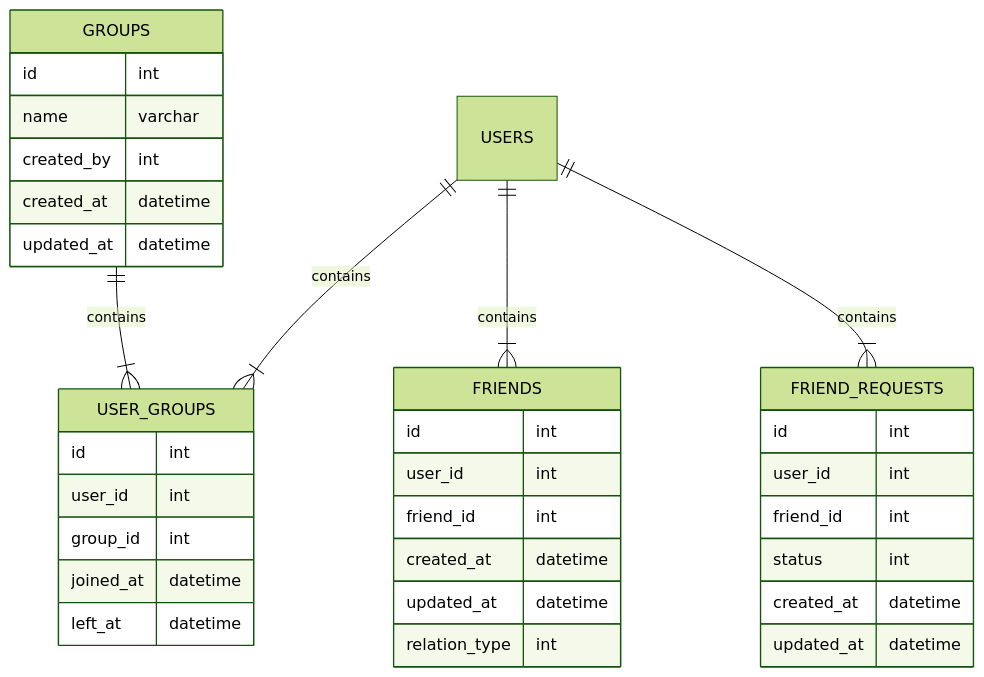
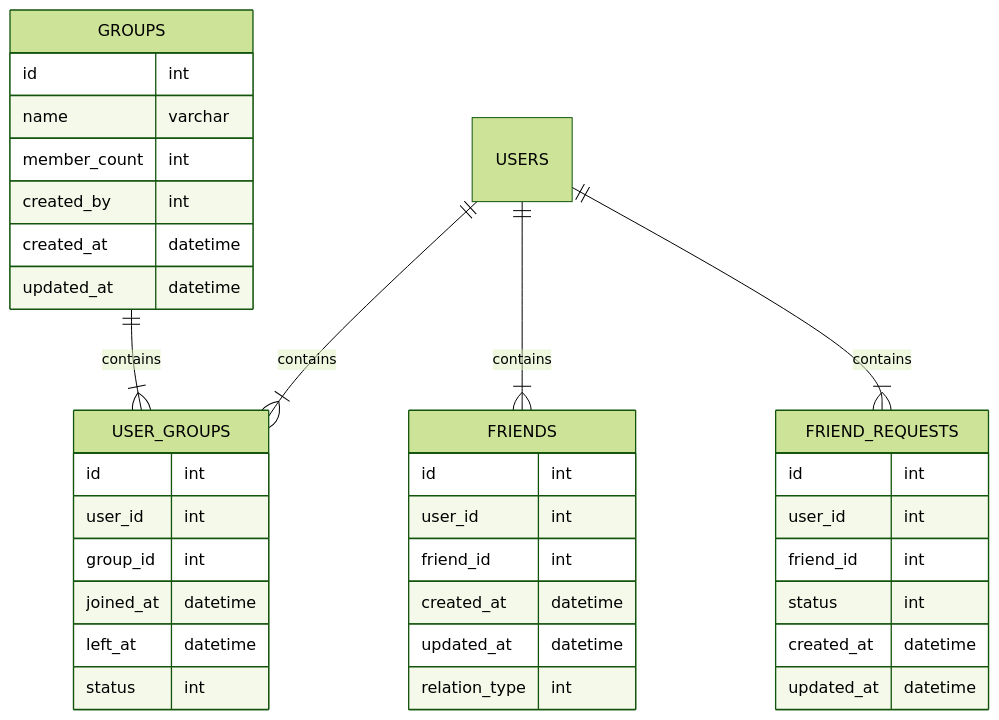
Before and after one commit to prulloac/fineasy: the second of 6 diagrams in docs/SCHEMA.md, drawn with Mermaid (forest theme). The commit also changed 8 other files, not shown here.

````diff
--- a/docs/SCHEMA.md
+++ b/docs/SCHEMA.md
@@ -95,43 +95,45 @@
 ```mermaid
 
 erDiagram
     FRIENDS {
         id int
         user_id int
         friend_id int
         created_at datetime
         updated_at datetime
         relation_type int
     }
 
     FRIEND_REQUESTS {
         id int
         user_id int
         friend_id int
         status int
         created_at datetime
         updated_at datetime
     }
 
     GROUPS {
         id int
         name varchar
+        member_count int
         created_by int
         created_at datetime
         updated_at datetime
     }
 
     USER_GROUPS {
         id int
         user_id int
         group_id int
         joined_at datetime
         left_at datetime
+        status int
     }
 
     GROUPS ||--|{ USER_GROUPS : contains
     USERS ||--|{ FRIENDS : contains
     USERS ||--|{ FRIEND_REQUESTS : contains
     USERS ||--|{ USER_GROUPS : contains
 
 ```
````
